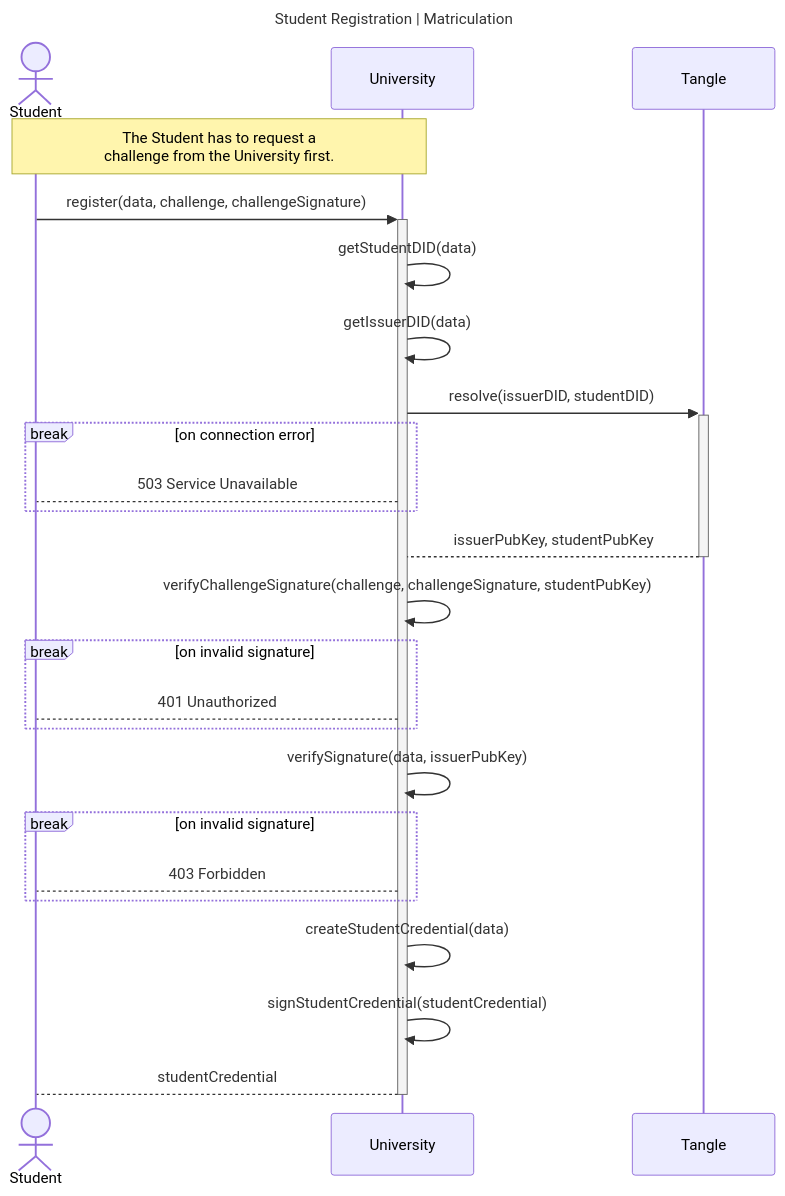
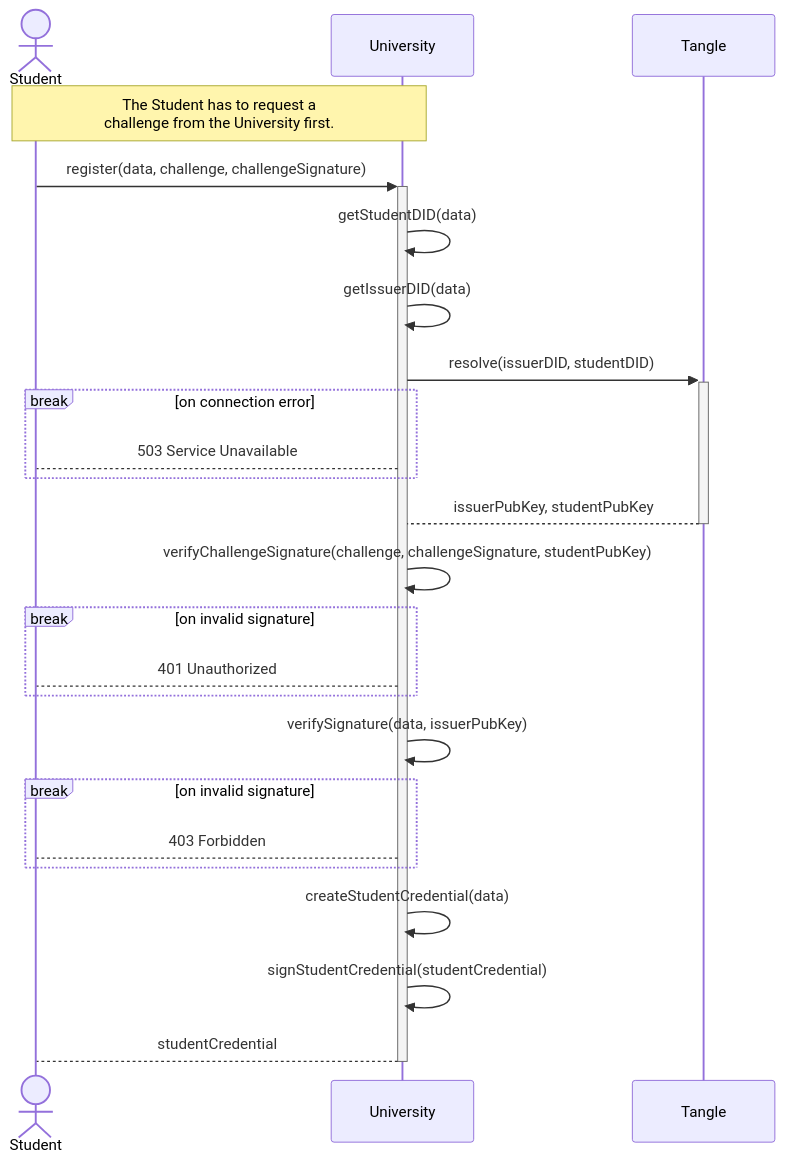
The first of 2 diagrams in university/README.md (kkmarv/IOTA-Digital-Student-ID), drawn with Mermaid before and after one commit.

Commit message:
test mermaid remove header

````diff
--- a/university/README.md
+++ b/university/README.md
@@ -36,30 +36,30 @@
 ```mermaid
----
-title: Student Registration | Matriculation
----
+%%---
+%%title: Student Registration | Matriculation
+%%---
 sequenceDiagram
     actor S as Student
     participant U as University
     participant T as Tangle
 
     Note over S, U: The Student has to request a <br> challenge from the University first.
     S->>+U: register(data, challenge, challengeSignature)
     U->>U: getStudentDID(data)
     U->>U: getIssuerDID(data)
     U->>+T: resolve(issuerDID, studentDID)
     break on connection error
     U-->S: 503 Service Unavailable
     end
     T-->-U: issuerPubKey, studentPubKey
     U->>U: verifyChallengeSignature(challenge, challengeSignature, studentPubKey)
     break on invalid signature
         U-->S: 401 Unauthorized
     end
     U->>U: verifySignature(data, issuerPubKey)
     break on invalid signature
         U-->S: 403 Forbidden
     end
     U->>U: createStudentCredential(data)
     U->>U: signStudentCredential(studentCredential)
     U-->-S: studentCredential
 ```
````
